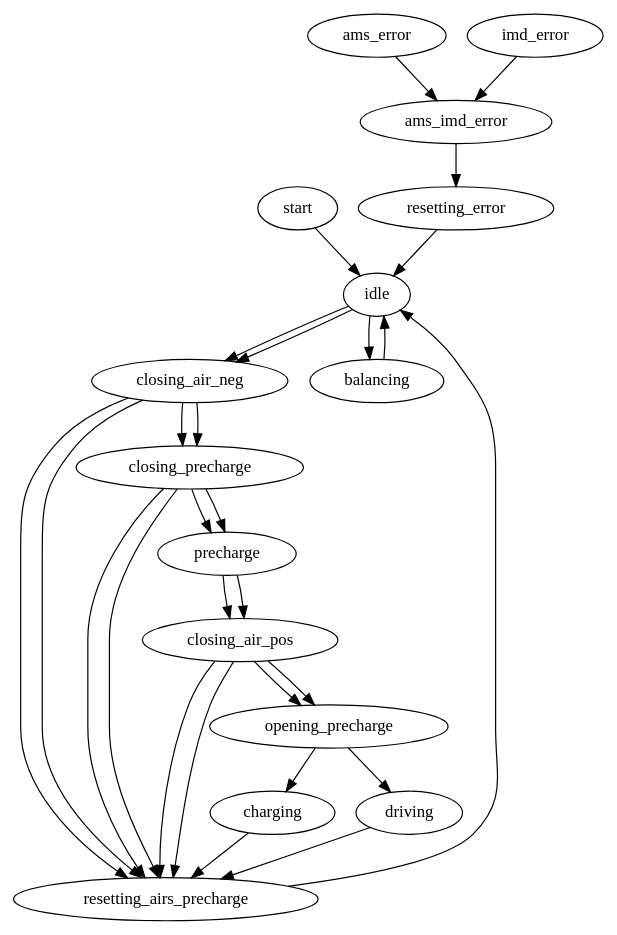
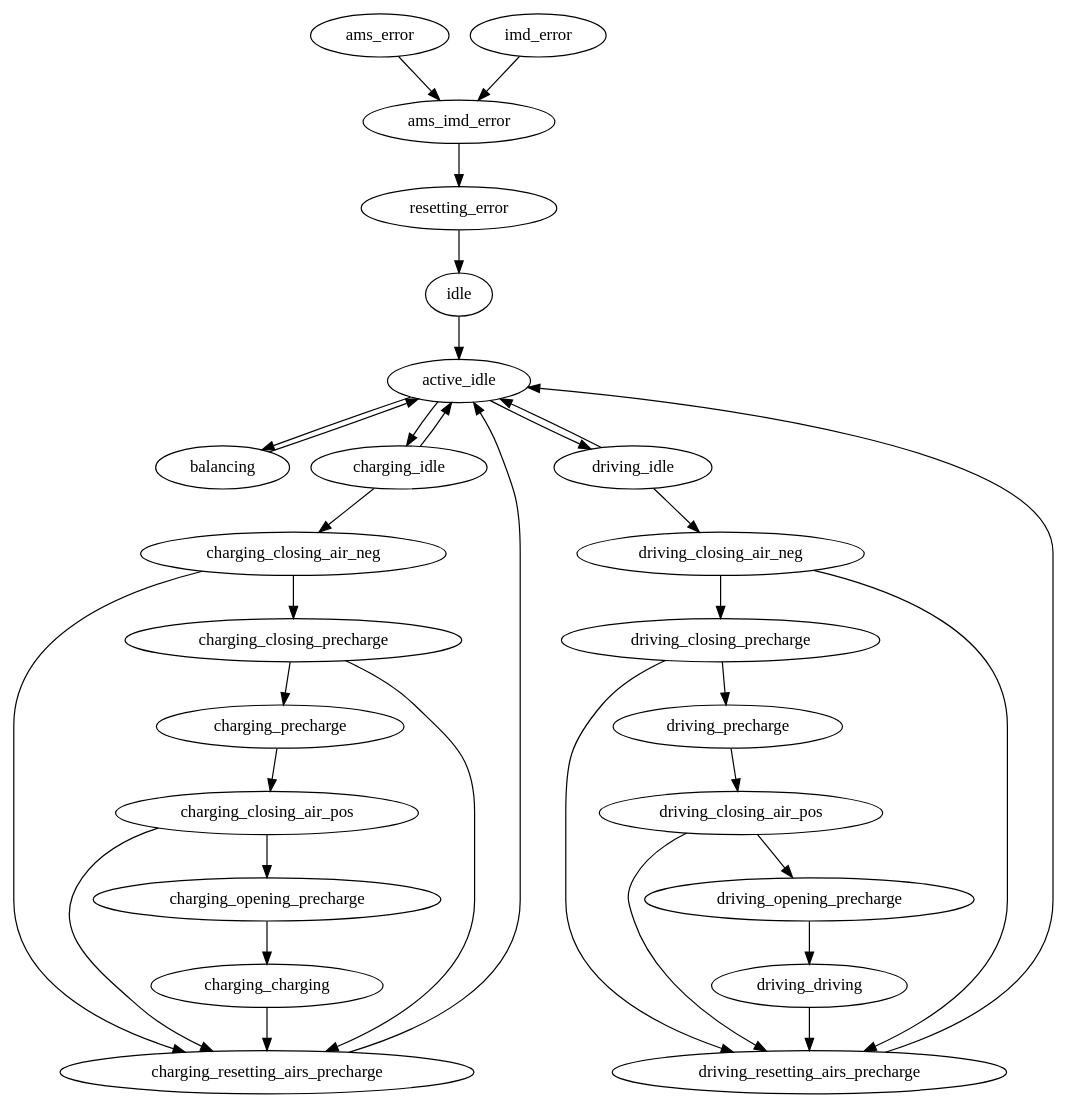
Before and after one commit to almecha/BMS_FSM: the diagram in BMS_FSM.dot, drawn with Graphviz. The commit also changed 4 other files, not shown here.

Commit message:
Split charging and driving substates

```diff
--- a/BMS_FSM.dot
+++ b/BMS_FSM.dot
@@ -1,36 +1,41 @@
 digraph{
 
-start -> idle
+idle -> active_idle
 resetting_error -> idle
-idle -> closing_air_neg
-idle -> closing_air_neg
-resetting_airs_precharge -> idle
 
-idle -> balancing -> idle
+active_idle -> balancing -> active_idle
 
-closing_air_neg -> closing_precharge
-closing_air_neg -> resetting_airs_precharge
-closing_precharge -> resetting_airs_precharge
-closing_precharge -> precharge
-precharge -> closing_air_pos
-closing_air_pos -> opening_precharge
-closing_air_pos -> resetting_airs_precharge
-opening_precharge -> charging
-charging -> resetting_airs_precharge
+active_idle -> charging_idle
+charging_idle -> active_idle
+charging_idle -> charging_closing_air_neg
+charging_closing_air_neg -> charging_closing_precharge
+charging_closing_air_neg -> charging_resetting_airs_precharge
+charging_closing_precharge -> charging_resetting_airs_precharge
+charging_closing_precharge -> charging_precharge
+charging_precharge -> charging_closing_air_pos
+charging_closing_air_pos -> charging_opening_precharge
+charging_closing_air_pos -> charging_resetting_airs_precharge
+charging_opening_precharge -> charging_charging
+charging_charging -> charging_resetting_airs_precharge
+charging_resetting_airs_precharge -> active_idle
 
-closing_air_neg -> closing_precharge
-closing_air_neg -> resetting_airs_precharge
-closing_precharge -> resetting_airs_precharge
-closing_precharge -> precharge
-precharge -> closing_air_pos
-closing_air_pos -> resetting_airs_precharge
-closing_air_pos -> opening_precharge
-opening_precharge -> driving
-driving -> resetting_airs_precharge
+active_idle -> driving_idle
+driving_idle -> active_idle
+driving_idle -> driving_closing_air_neg
+driving_closing_air_neg -> driving_closing_precharge
+driving_closing_air_neg -> driving_resetting_airs_precharge
+driving_closing_precharge -> driving_resetting_airs_precharge
+driving_closing_precharge -> driving_precharge
+driving_precharge -> driving_closing_air_pos
+driving_closing_air_pos -> driving_resetting_airs_precharge
+driving_closing_air_pos -> driving_opening_precharge
+driving_opening_precharge -> driving_driving
+driving_driving -> driving_resetting_airs_precharge
+driving_resetting_airs_precharge -> active_idle
 
 
 ams_error -> ams_imd_error
 imd_error -> ams_imd_error
 ams_imd_error -> resetting_error
 
 }
```
